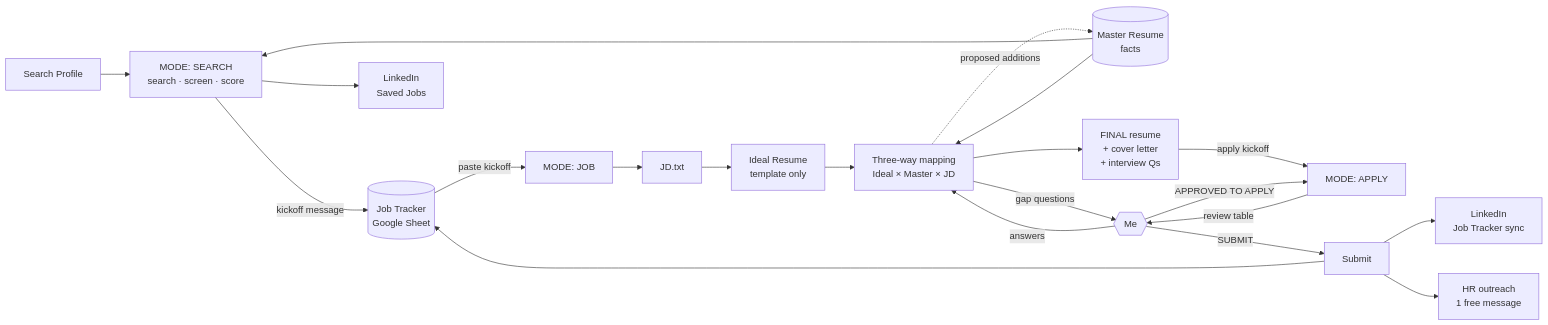
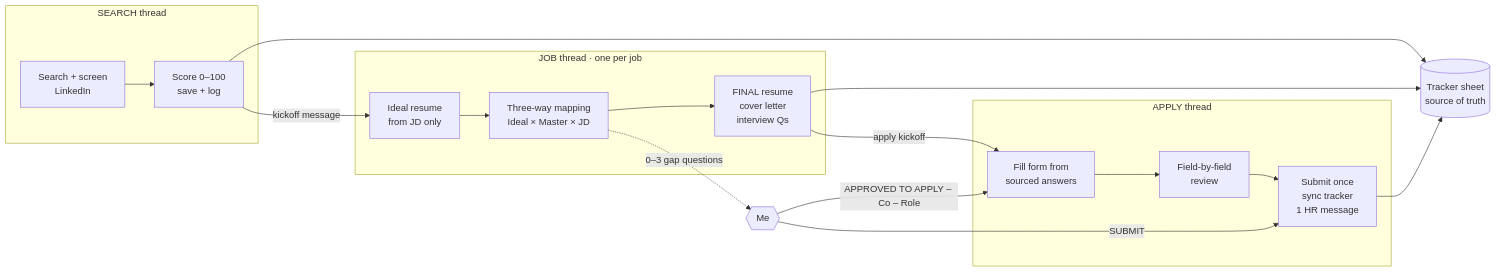
Before and after one commit to aswin-a/linkedin-job-search-agent: the diagram in README.md, drawn with Mermaid. The commit also changed other lines of this file, not shown here.

````diff
--- a/README.md
+++ b/README.md
@@ -25,23 +19,22 @@
 ```mermaid
 flowchart LR
-    SP[Search Profile] --> A
-    MR[(Master Resume<br/>facts)] --> A
-    A[MODE: SEARCH<br/>search · screen · score] -->|kickoff message| T[(Job Tracker<br/>Google Sheet)]
-    A --> LS[LinkedIn<br/>Saved Jobs]
-    T -->|paste kickoff| B[MODE: JOB]
-    B --> JD[JD.txt]
-    JD --> C[Ideal Resume<br/>template only]
-    C --> D[Three-way mapping<br/>Ideal × Master × JD]
-    MR --> D
-    D -->|gap questions| U{{Me}}
-    U -->|answers| D
-    D --> F[FINAL resume<br/>+ cover letter<br/>+ interview Qs]
-    D -.proposed additions.-> MR
-    F -->|apply kickoff| E[MODE: APPLY]
-    U -->|APPROVED TO APPLY| E
-    E -->|review table| U
-    U -->|SUBMIT| S[Submit]
-    S --> T
-    S --> LT[LinkedIn<br/>Job Tracker sync]
-    S --> HR[HR outreach<br/>1 free message]
+    subgraph S["SEARCH thread"]
+      S1[Search + screen<br/>LinkedIn] --> S2[Score 0–100<br/>save + log]
+    end
+    subgraph J["JOB thread · one per job"]
+      J1[Ideal resume<br/>from JD only] --> J2[Three-way mapping<br/>Ideal × Master × JD]
+      J2 --> J3[FINAL resume<br/>cover letter<br/>interview Qs]
+    end
+    subgraph A["APPLY thread"]
+      A1[Fill form from<br/>sourced answers] --> A2[Field-by-field<br/>review] --> A3[Submit once<br/>sync tracker<br/>1 HR message]
+    end
+    S2 -->|kickoff message| J1
+    J2 -.->|0–3 gap questions| ME{{Me}}
+    J3 -->|apply kickoff| A1
+    ME -->|"APPROVED TO APPLY – Co – Role"| A1
+    ME -->|SUBMIT| A3
+    T[(Tracker sheet<br/>source of truth)]
+    S2 --> T
+    J3 --> T
+    A3 --> T
 ```
````
